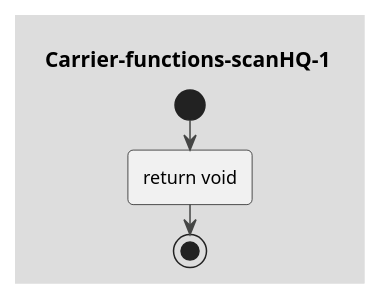
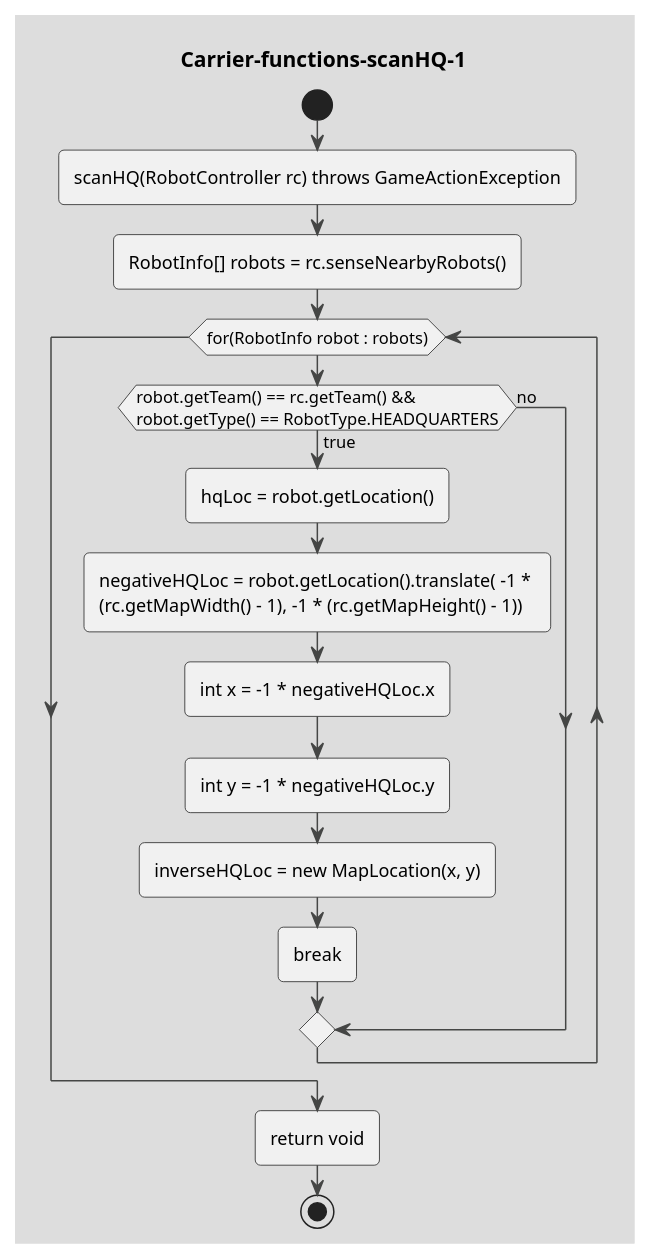
The diagram in drawings/Carrier-functions-scanHQ-1.puml (coding-to-music/plantuml-diagram-examples), drawn with PlantUML before and after one commit.

```diff
--- a/drawings/Carrier-functions-scanHQ-1.puml
+++ b/drawings/Carrier-functions-scanHQ-1.puml
@@ -1,20 +1,23 @@
 @startuml Carrier-functions-scanHQ-1
 !theme toy 
 title Carrier-functions-scanHQ-1
 start
 
-' static void scanHQ(RobotController rc) throws GameActionException {
-' RobotInfo[] robots = rc.senseNearbyRobots();
-' for(RobotInfo robot : robots) {
-'     if(robot.getTeam() == rc.getTeam() && robot.getType() == RobotType.HEADQUARTERS) {
-'         hqLoc = robot.getLocation();
-'         negativeHQLoc = robot.getLocation().translate( -1 * (rc.getMapWidth() - 1), -1 * (rc.getMapHeight() - 1));
-'         int x = -1 * negativeHQLoc.x;
-'         int y = -1 * negativeHQLoc.y;
+:scanHQ(RobotController rc) throws GameActionException;
+:RobotInfo[] robots = rc.senseNearbyRobots();
+while (for(RobotInfo robot : robots))
+    if(robot.getTeam() == rc.getTeam() && \nrobot.getType() == RobotType.HEADQUARTERS) then (true)
+        :hqLoc = robot.getLocation();
+        :negativeHQLoc = robot.getLocation().translate( -1 * \n(rc.getMapWidth() - 1), -1 * (rc.getMapHeight() - 1));
+        :int x = -1 * negativeHQLoc.x;
+        :int y = -1 * negativeHQLoc.y;
 
-'         inverseHQLoc = new MapLocation(x, y); 
-'         break;
+        :inverseHQLoc = new MapLocation(x, y); 
+        :break;
+    else (no)
+    endif
+endwhile
 
 :return void; 
 stop
 @enduml
```
